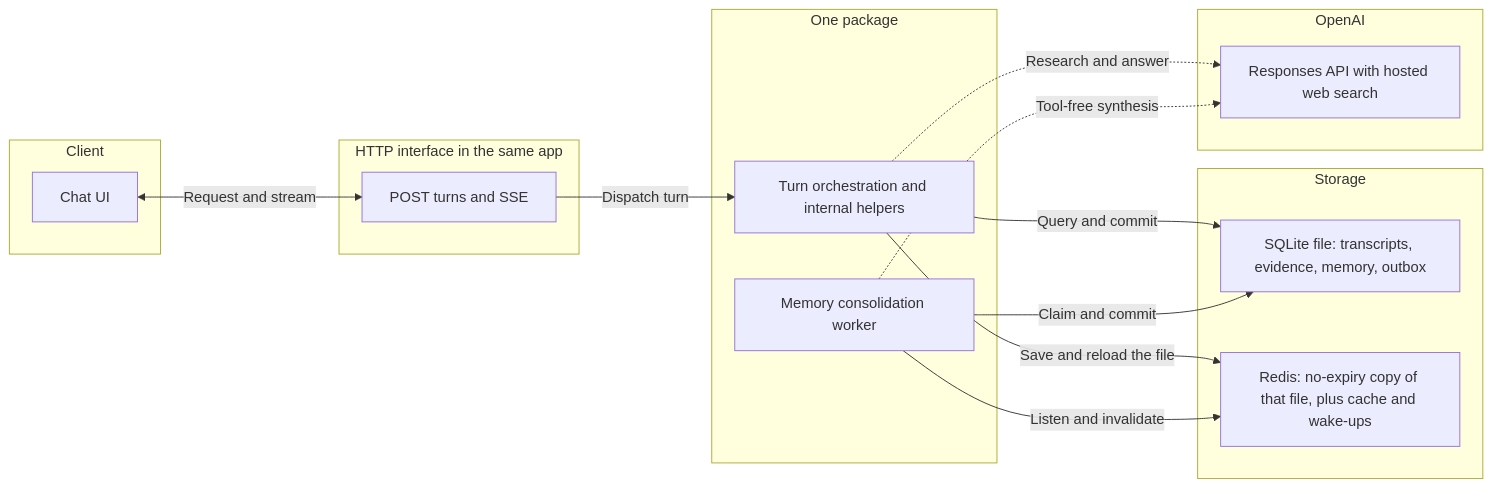
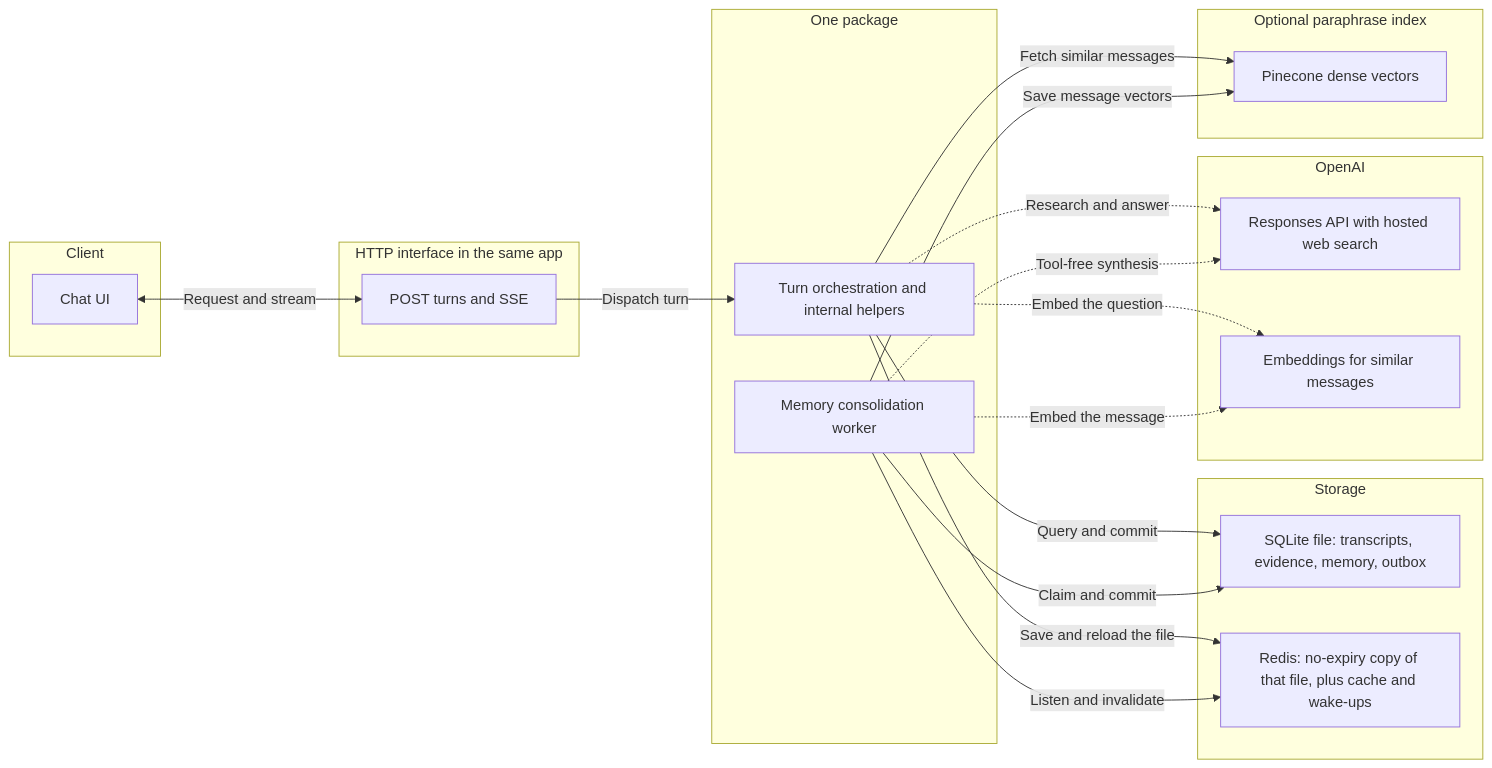
The first of 10 diagrams in docs/architecture.md (harshsinha-12/minimi-web-universe), drawn with Mermaid before and after one commit. The commit also changed other lines of this file and 5 other files, not shown here.

````diff
--- a/docs/architecture.md
+++ b/docs/architecture.md
@@ -11,28 +11,36 @@
 ```mermaid
 flowchart LR
     subgraph client ["Client"]
         browser["Chat UI"]
     end
     subgraph gateway ["HTTP interface in the same app"]
         http["POST turns and SSE"]
     end
     subgraph service ["One package"]
         server["Turn orchestration and internal helpers"]
         worker["Memory consolidation worker"]
     end
     subgraph datastore ["Storage"]
         sqlite["SQLite file: transcripts, evidence, memory, outbox"]
         redis["Redis: no-expiry copy of that file, plus cache and wake-ups"]
     end
     subgraph external ["OpenAI"]
         responses["Responses API with hosted web search"]
+        embed["Embeddings for similar messages"]
+    end
+    subgraph vectors ["Optional paraphrase index"]
+        pinecone["Pinecone dense vectors"]
     end
     browser <-->|"Request and stream"| http
     http -->|"Dispatch turn"| server
     server -->|"Query and commit"| sqlite
     server -->|"Save and reload the file"| redis
+    server -->|"Fetch similar messages"| pinecone
     worker -->|"Claim and commit"| sqlite
+    worker -->|"Save message vectors"| pinecone
     worker -->|"Listen and invalidate"| redis
     server -.->|"Research and answer"| responses
     worker -.->|"Tool-free synthesis"| responses
+    server -.->|"Embed the question"| embed
+    worker -.->|"Embed the message"| embed
 ```
````
